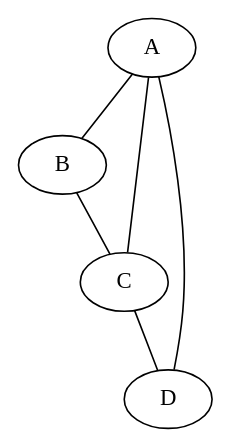
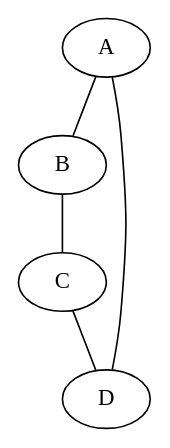
One commit to davigledson/graph_studies changed the diagram in q2_20_B_grafo_parcial.dot. Above: the diagram before and after it, drawn with Graphviz. The commit also changed 144 other files, not shown here.

```diff
--- a/q2_20_B_grafo_parcial.dot
+++ b/q2_20_B_grafo_parcial.dot
@@ -1,7 +1,7 @@
 graph G {
     A -- B;
-    A -- C;
+  
     B -- C;
     C -- D;
     D -- A;
 }
```
